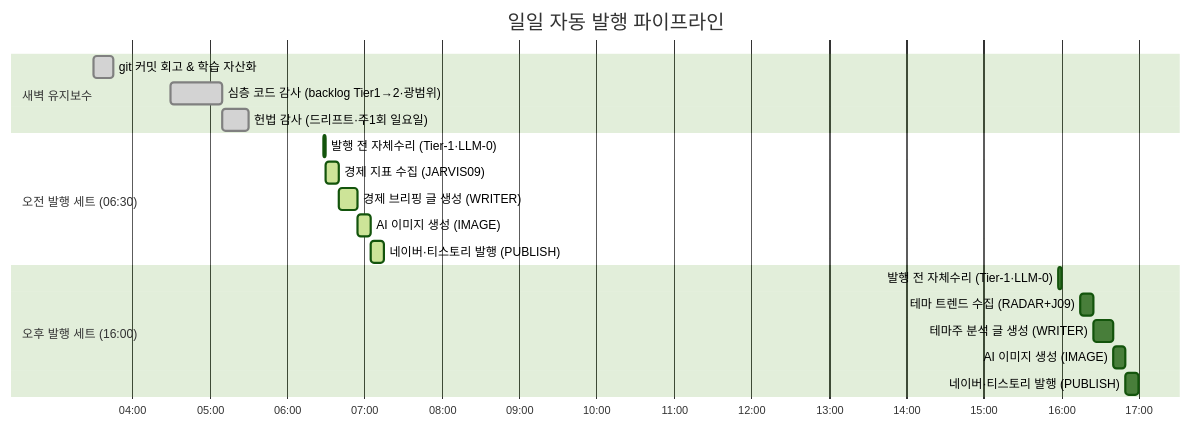
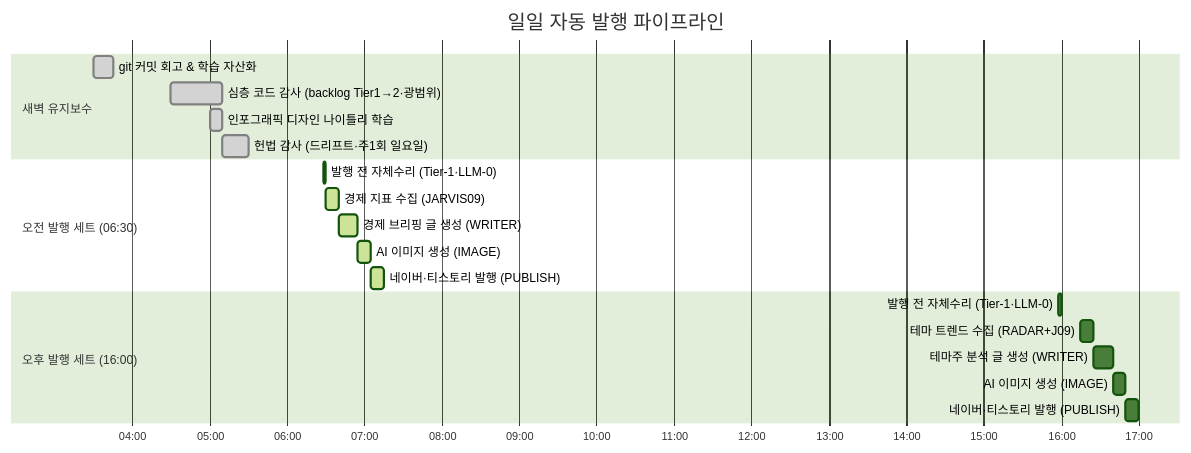
Before and after one commit to youandi3535/jarvis-agent: the second of 3 diagrams in README.md, drawn with Mermaid (forest theme). The commit also changed other lines of this file, not shown here.

Commit message:
hj : README 2026-07-11 변경사항 반영 — 인포그래픽 D-번호 슬롯·단위자동스케일·레이아웃다양성

````diff
--- a/README.md
+++ b/README.md
@@ -177,25 +182,26 @@
 ```mermaid
 gantt
     title 일일 자동 발행 파이프라인
     dateFormat HH:mm
     axisFormat %H:%M
 
     section 새벽 유지보수
         git 커밋 회고 & 학습 자산화          :done, 03:30, 15m
         심층 코드 감사 (backlog Tier1→2·광범위) :done, 04:30, 40m
+        인포그래픽 디자인 나이틀리 학습        :done, 05:00, 10m
         헌법 감사 (드리프트·주1회 일요일)      :done, 05:10, 20m
 
     section 오전 발행 세트 (06:30)
         발행 전 자체수리 (Tier-1·LLM-0)    :active, 06:28, 2m
         경제 지표 수집 (JARVIS09)       :active, 06:30, 10m
         경제 브리핑 글 생성 (WRITER)    :active, 06:40, 15m
         AI 이미지 생성 (IMAGE)          :active, 06:55, 10m
         네이버·티스토리 발행 (PUBLISH)  :active, 07:05, 10m
 
     section 오후 발행 세트 (16:00)
         발행 전 자체수리 (Tier-1·LLM-0)    :15:58, 2m
         테마 트렌드 수집 (RADAR+J09)    :16:15, 10m
         테마주 분석 글 생성 (WRITER)    :16:25, 15m
         AI 이미지 생성 (IMAGE)          :16:40, 10m
         네이버·티스토리 발행 (PUBLISH)  :16:50, 10m
 ```
````
